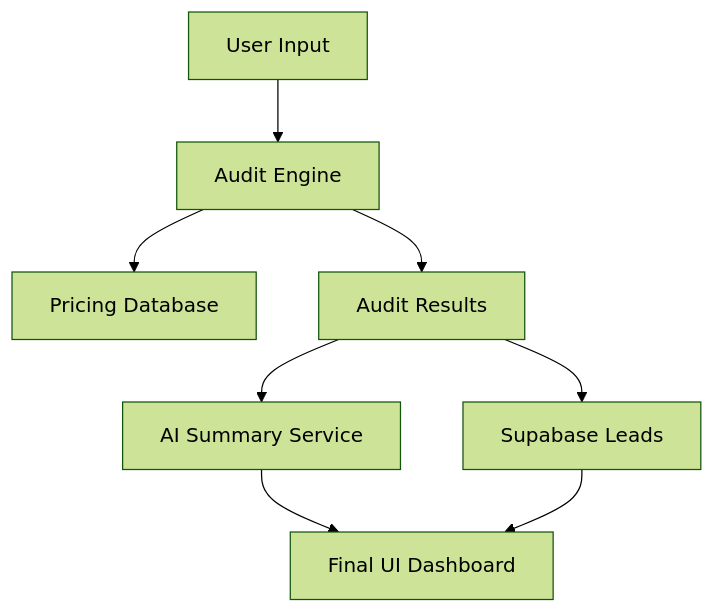
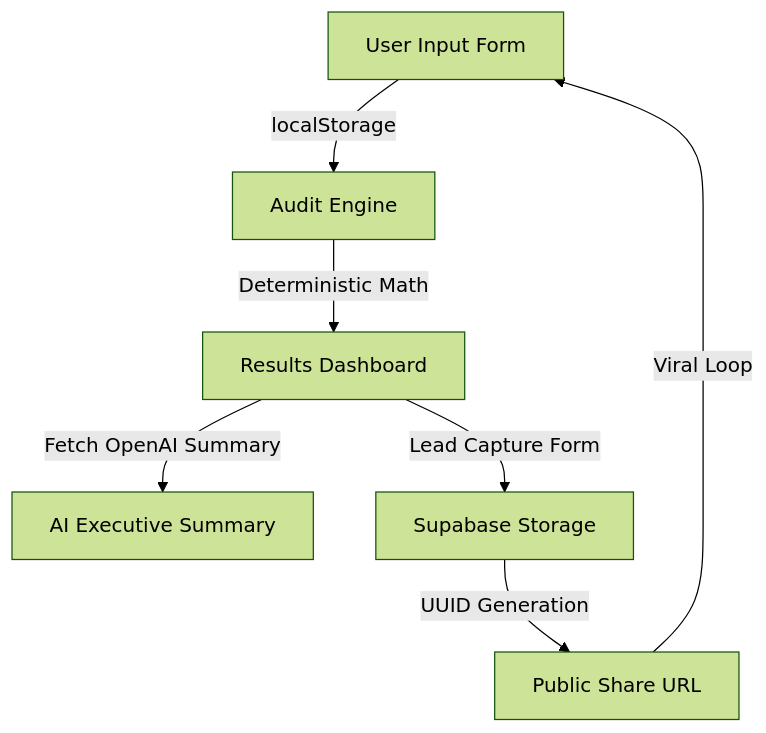
One commit to Mohit-Bharambe/AI-Spend-Audit changed the diagram in ARCHITECTURE.md. Above: the diagram before and after it, drawn with Mermaid (forest theme). The commit also changed other lines of this file, not shown here.

Commit message:
docs: add project architecture and scaling strategy

````diff
--- a/ARCHITECTURE.md
+++ b/ARCHITECTURE.md
@@ -7,10 +7,9 @@
 ```mermaid
-graph TD
-    A[User Input] --> B[Audit Engine]
-    B --> C[Pricing Database]
-    B --> D[Audit Results]
-    D --> E[AI Summary Service]
-    D --> F[Supabase Leads]
-    E --> G[Final UI Dashboard]
-    F --> G
+flowchart TD
+    A[User Input Form] -->|localStorage| B[Audit Engine]
+    B -->|Deterministic Math| C[Results Dashboard]
+    C -->|Fetch OpenAI Summary| D[AI Executive Summary]
+    C -->|Lead Capture Form| E[Supabase Storage]
+    E -->|UUID Generation| F[Public Share URL]
+    F -->|Viral Loop| A
 ```
````
